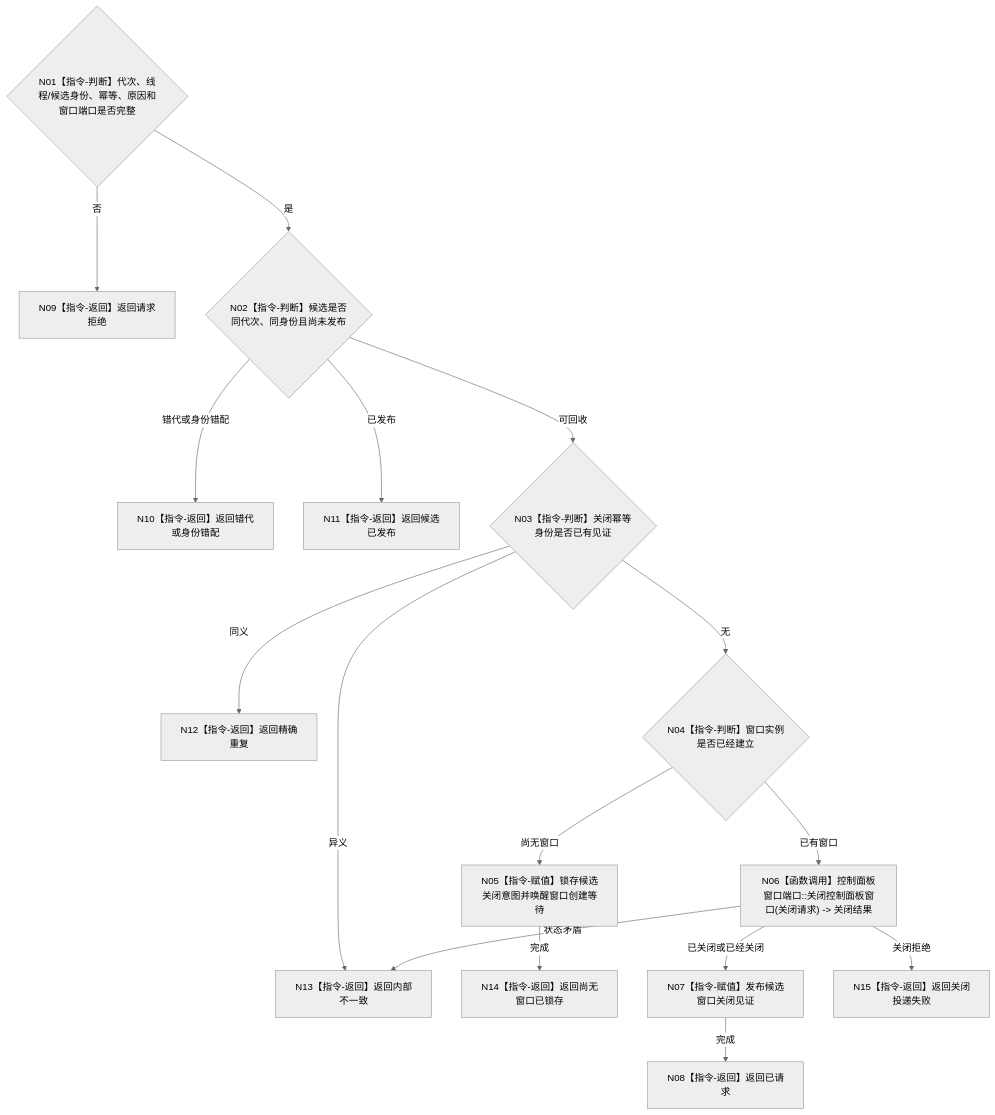
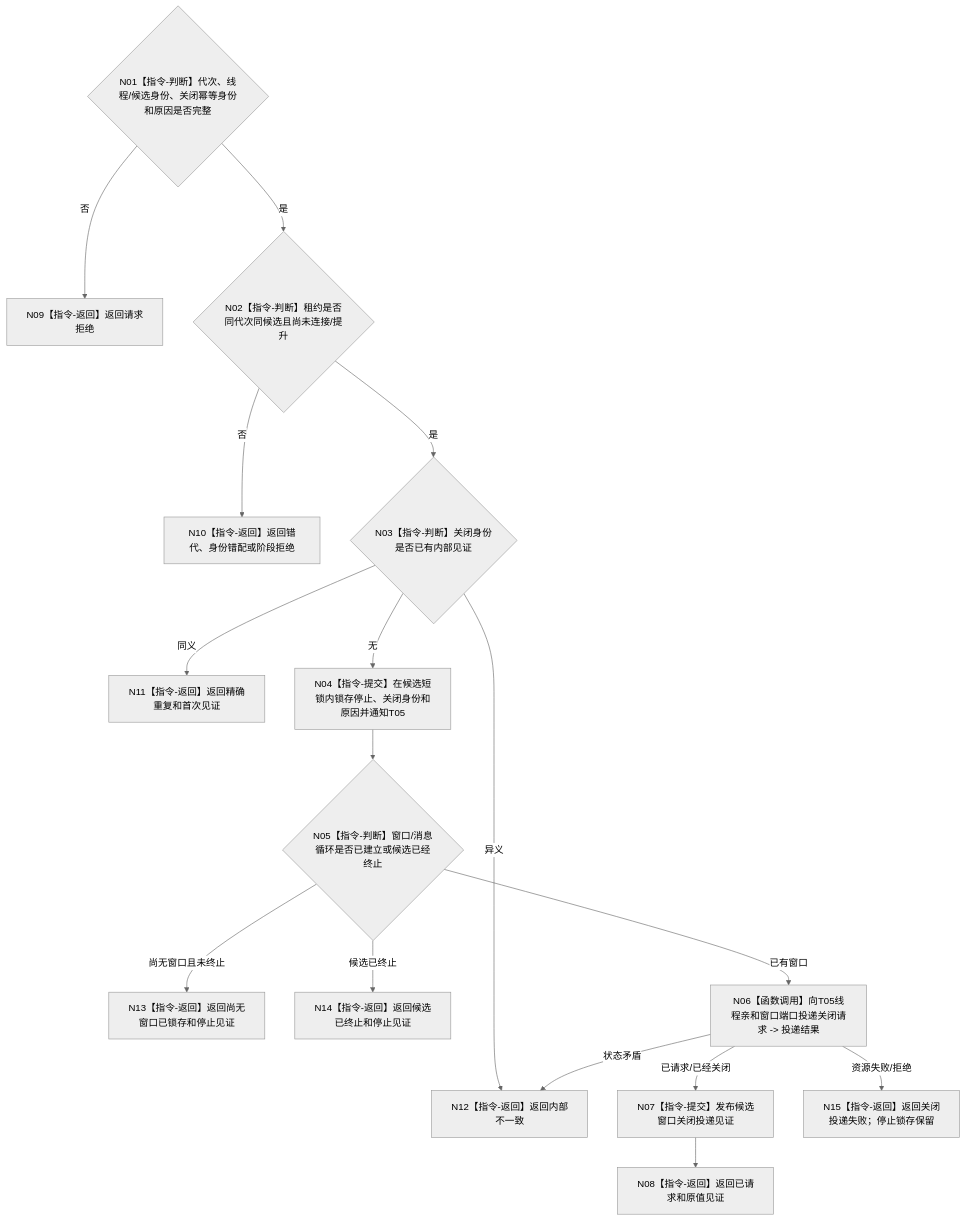
One commit to chunhaizh-cyber/HY-Ego changed the diagram in 流程图/目标业务流程图/L4/BIZ-L4-001-09-03-01_请求关闭控制面板线程候选窗口_目标函数流程图_v0.1.md. Above: the diagram before and after it, drawn with Mermaid (neutral theme). The commit also changed other lines of this file and 16 other files, not shown here.

````diff
--- a/流程图/目标业务流程图/L4/BIZ-L4-001-09-03-01_请求关闭控制面板线程候选窗口_目标函数流程图_v0.1.md
+++ b/流程图/目标业务流程图/L4/BIZ-L4-001-09-03-01_请求关闭控制面板线程候选窗口_目标函数流程图_v0.1.md
@@ -30,18 +30,18 @@
 ```mermaid
 flowchart TD
- N01{"N01【指令-判断】代次、线程/候选身份、幂等、原因和窗口端口是否完整"} -->|否| N09["N09【指令-返回】返回请求拒绝"]
- N01 -->|是| N02{"N02【指令-判断】候选是否同代次、同身份且尚未发布"}
- N02 -->|错代或身份错配| N10["N10【指令-返回】返回错代或身份错配"]
- N02 -->|已发布| N11["N11【指令-返回】返回候选已发布"]
- N02 -->|可回收| N03{"N03【指令-判断】关闭幂等身份是否已有见证"}
- N03 -->|同义| N12["N12【指令-返回】返回精确重复"]
- N03 -->|异义| N13["N13【指令-返回】返回内部不一致"]
- N03 -->|无| N04{"N04【指令-判断】窗口实例是否已经建立"}
- N04 -->|尚无窗口| N05["N05【指令-赋值】锁存候选关闭意图并唤醒窗口创建等待"]
- N05 -->|完成| N14["N14【指令-返回】返回尚无窗口已锁存"]
- N04 -->|已有窗口| N06["N06【函数调用】控制面板窗口端口::关闭控制面板窗口(关闭请求) -> 关闭结果"]
- N06 -->|已关闭或已经关闭| N07["N07【指令-赋值】发布候选窗口关闭见证"]
- N06 -->|关闭拒绝| N15["N15【指令-返回】返回关闭投递失败"]
- N06 -->|状态矛盾| N13
- N07 -->|完成| N08["N08【指令-返回】返回已请求"]
+    N01{"N01【指令-判断】代次、线程/候选身份、关闭幂等身份和原因是否完整"} -->|否| N09["N09【指令-返回】返回请求拒绝"]
+    N01 -->|是| N02{"N02【指令-判断】租约是否同代次同候选且尚未连接/提升"}
+    N02 -->|否| N10["N10【指令-返回】返回错代、身份错配或阶段拒绝"]
+    N02 -->|是| N03{"N03【指令-判断】关闭身份是否已有内部见证"}
+    N03 -->|同义| N11["N11【指令-返回】返回精确重复和首次见证"]
+    N03 -->|异义| N12["N12【指令-返回】返回内部不一致"]
+    N03 -->|无| N04["N04【指令-提交】在候选短锁内锁存停止、关闭身份和原因并通知T05"]
+    N04 --> N05{"N05【指令-判断】窗口/消息循环是否已建立或候选已经终止"}
+    N05 -->|尚无窗口且未终止| N13["N13【指令-返回】返回尚无窗口已锁存和停止见证"]
+    N05 -->|候选已终止| N14["N14【指令-返回】返回候选已终止和停止见证"]
+    N05 -->|已有窗口| N06["N06【函数调用】向T05线程亲和窗口端口投递关闭请求 -> 投递结果"]
+    N06 -->|已请求/已经关闭| N07["N07【指令-提交】发布候选窗口关闭投递见证"]
+    N06 -->|资源失败/拒绝| N15["N15【指令-返回】返回关闭投递失败；停止锁存保留"]
+    N06 -->|状态矛盾| N12
+    N07 --> N08["N08【指令-返回】返回已请求和原值见证"]
 ```
````
